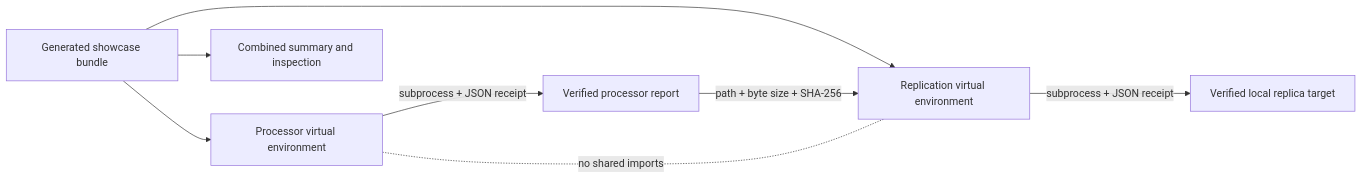
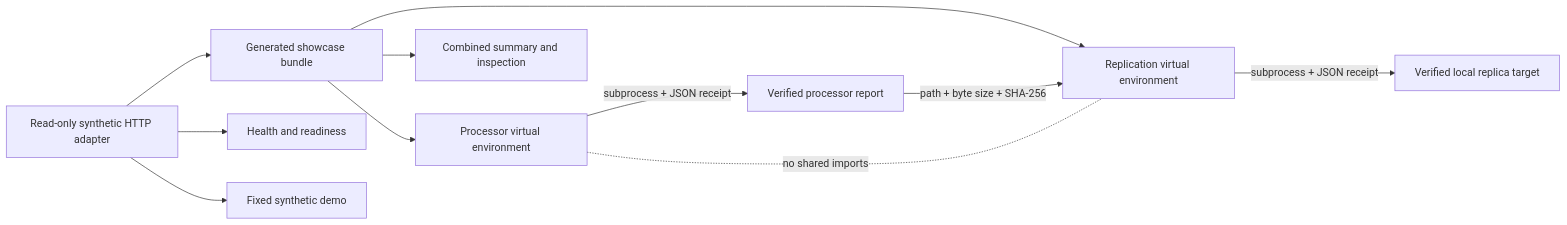
The diagram in docs/ARCHITECTURE.md (Seemorghdev/edge-evidence-showcase), drawn with Mermaid before and after one commit. The commit also changed other lines of this file and 17 other files, not shown here.

Commit message:
Publish bounded live synthetic showcase adapter

````diff
--- a/docs/ARCHITECTURE.md
+++ b/docs/ARCHITECTURE.md
@@ -3,10 +3,13 @@
 ```mermaid
 flowchart LR
     G[Generated showcase bundle] --> PENV[Processor virtual environment]
     G --> RENV[Replication virtual environment]
     PENV -->|subprocess + JSON receipt| PO[Verified processor report]
     PO -->|path + byte size + SHA-256| RENV
     RENV -->|subprocess + JSON receipt| RT[Verified local replica target]
     G --> C[Combined summary and inspection]
+    HTTP[Read-only synthetic HTTP adapter] --> G
+    HTTP --> H[Health and readiness]
+    HTTP --> D[Fixed synthetic demo]
     PENV -. no shared imports .- RENV
 ```
````
